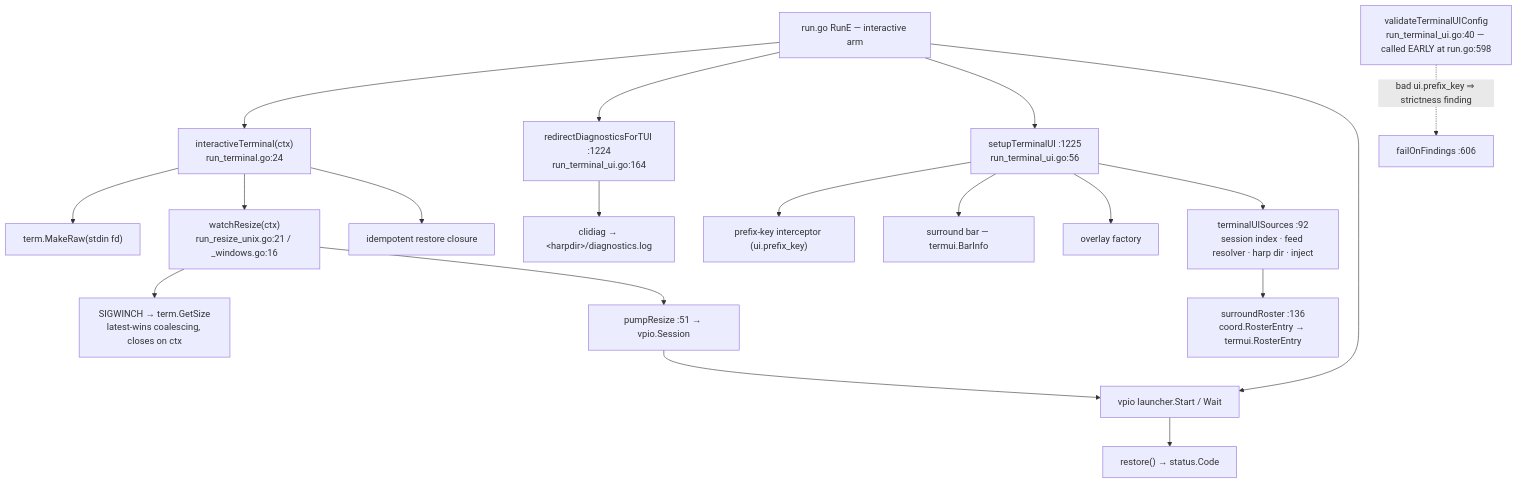
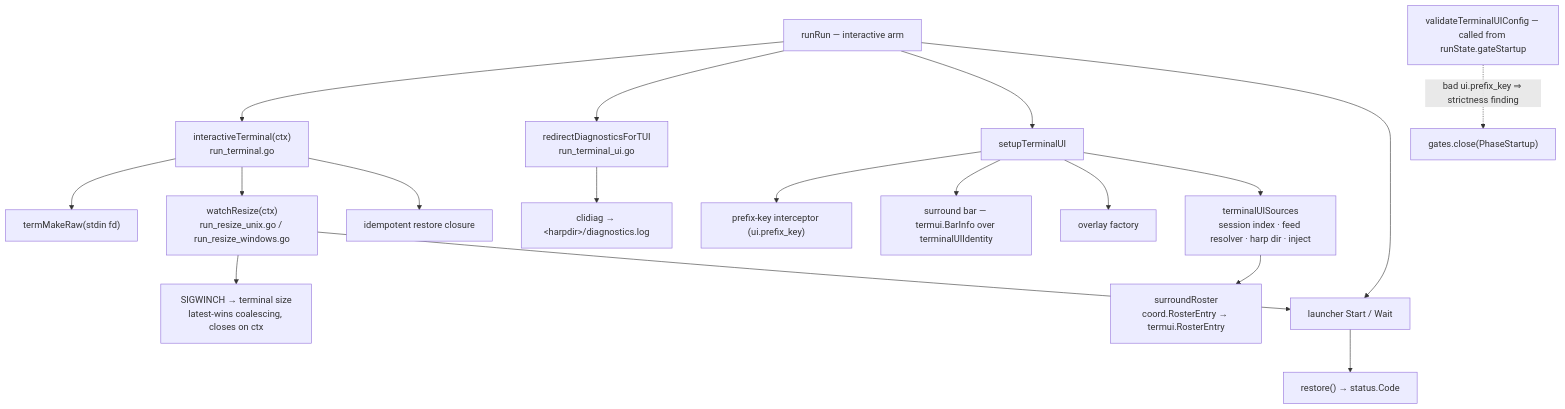
The first of 2 diagrams in docs/architecture/cli/terminal-and-prompts.md (ctxloom/ctxloom), drawn with Mermaid before and after one commit. The commit also changed other lines of this file, not shown here.

First line of the commit message:
docs(architecture): terminal-and-prompts drops its file:line censuses

````diff
--- a/docs/architecture/cli/terminal-and-prompts.md
+++ b/docs/architecture/cli/terminal-and-prompts.md
@@ -13,26 +13,25 @@
 ```mermaid
 flowchart TD
-    RUNE["run.go RunE — interactive arm"]
-    RUNE --> IT["interactiveTerminal(ctx)<br/>run_terminal.go:24"]
-    IT --> MR["term.MakeRaw(stdin fd)"]
-    IT --> WR["watchResize(ctx)<br/>run_resize_unix.go:21 / _windows.go:16"]
+    RUNE["runRun — interactive arm"]
+    RUNE --> IT["interactiveTerminal(ctx)<br/>run_terminal.go"]
+    IT --> MR["termMakeRaw(stdin fd)"]
+    IT --> WR["watchResize(ctx)<br/>run_resize_unix.go / run_resize_windows.go"]
     IT --> RESTORE["idempotent restore closure"]
-    WR --> SIG["SIGWINCH → term.GetSize<br/>latest-wins coalescing, closes on ctx"]
+    WR --> SIG["SIGWINCH → terminal size<br/>latest-wins coalescing, closes on ctx"]
 
-    RUNE --> RD["redirectDiagnosticsForTUI :1224<br/>run_terminal_ui.go:164"]
+    RUNE --> RD["redirectDiagnosticsForTUI<br/>run_terminal_ui.go"]
     RD --> LOG["clidiag → &lt;harpdir&gt;/diagnostics.log"]
-    RUNE --> STU["setupTerminalUI :1225<br/>run_terminal_ui.go:56"]
+    RUNE --> STU["setupTerminalUI"]
     STU --> PK["prefix-key interceptor (ui.prefix_key)"]
-    STU --> BAR["surround bar — termui.BarInfo"]
+    STU --> BAR["surround bar — termui.BarInfo over terminalUIIdentity"]
     STU --> OV["overlay factory"]
-    STU --> SRC["terminalUISources :92<br/>session index · feed resolver · harp dir · inject"]
-    SRC --> ROSTER["surroundRoster :136<br/>coord.RosterEntry → termui.RosterEntry"]
+    STU --> SRC["terminalUISources<br/>session index · feed resolver · harp dir · inject"]
+    SRC --> ROSTER["surroundRoster<br/>coord.RosterEntry → termui.RosterEntry"]
 
-    RUNE --> LAUNCH["vpio launcher.Start / Wait"]
-    WR --> PR["pumpResize :51 → vpio.Session"]
-    PR --> LAUNCH
+    RUNE --> LAUNCH["launcher Start / Wait"]
+    WR --> LAUNCH
     LAUNCH --> EXIT["restore() → status.Code"]
 
-    VAL["validateTerminalUIConfig<br/>run_terminal_ui.go:40 — called EARLY at run.go:598"]
-    VAL -.->|"bad ui.prefix_key ⇒ strictness finding"| GATE["failOnFindings :606"]
+    VAL["validateTerminalUIConfig — called from runState.gateStartup"]
+    VAL -.->|"bad ui.prefix_key ⇒ strictness finding"| GATE["gates.close(PhaseStartup)"]
 ```
````
